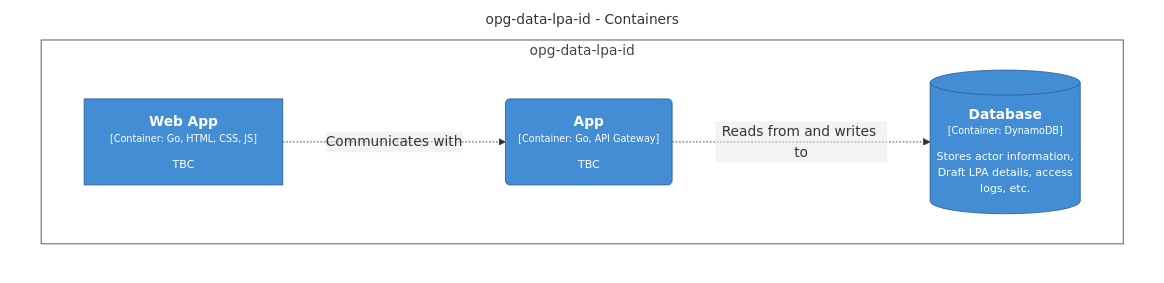
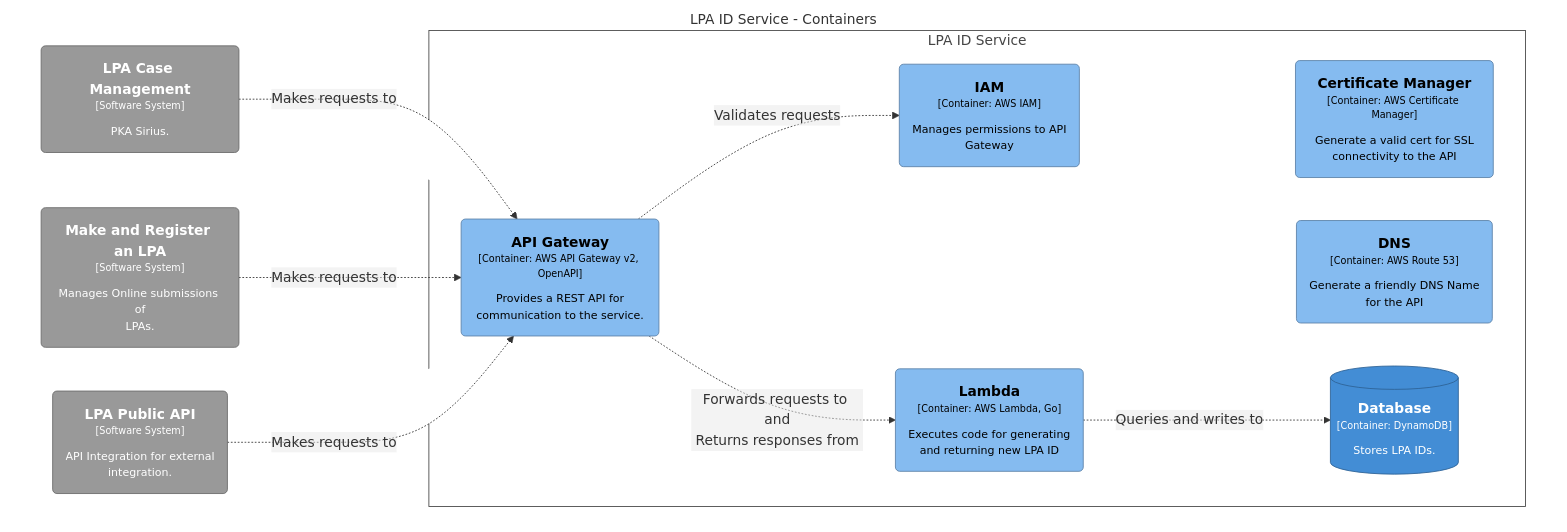
One commit to ministryofjustice/opg-data-lpa-uid changed the diagram in docs/architecture/dsl/local/structurizr-1-Container-001.mmd. Above: the diagram before and after it, drawn with Mermaid. The commit also changed 7 other files, not shown here.

```diff
--- a/docs/architecture/dsl/local/structurizr-1-Container-001.mmd
+++ b/docs/architecture/dsl/local/structurizr-1-Container-001.mmd
@@ -1,20 +1,37 @@
 graph TB
   linkStyle default fill:#ffffff
 
-  subgraph diagram [opg-data-lpa-id - Containers]
+  subgraph diagram [LPA ID Service - Containers]
     style diagram fill:#ffffff,stroke:#ffffff
 
-    subgraph 2 [opg-data-lpa-id]
-      style 2 fill:#ffffff,stroke:#444444,color:#444444
+    4("<div style='font-weight: bold'>LPA Case Management</div><div style='font-size: 70%; margin-top: 0px'>[Software System]</div><div style='font-size: 80%; margin-top:10px'>PKA Sirius.</div>")
+    style 4 fill:#999999,stroke:#6b6b6b,color:#ffffff
+    5("<div style='font-weight: bold'>Make and Register an LPA</div><div style='font-size: 70%; margin-top: 0px'>[Software System]</div><div style='font-size: 80%; margin-top:10px'>Manages Online submissions of<br />LPAs.</div>")
+    style 5 fill:#999999,stroke:#6b6b6b,color:#ffffff
+    6("<div style='font-weight: bold'>LPA Public API</div><div style='font-size: 70%; margin-top: 0px'>[Software System]</div><div style='font-size: 80%; margin-top:10px'>API Integration for external<br />integration.</div>")
+    style 6 fill:#999999,stroke:#6b6b6b,color:#ffffff
 
-      3["<div style='font-weight: bold'>Web App</div><div style='font-size: 70%; margin-top: 0px'>[Container: Go, HTML, CSS, JS]</div><div style='font-size: 80%; margin-top:10px'>TBC</div>"]
-      style 3 fill:#438dd5,stroke:#2e6295,color:#ffffff
-      4("<div style='font-weight: bold'>App</div><div style='font-size: 70%; margin-top: 0px'>[Container: Go, API Gateway]</div><div style='font-size: 80%; margin-top:10px'>TBC</div>")
-      style 4 fill:#438dd5,stroke:#2e6295,color:#ffffff
-      7[("<div style='font-weight: bold'>Database</div><div style='font-size: 70%; margin-top: 0px'>[Container: DynamoDB]</div><div style='font-size: 80%; margin-top:10px'>Stores actor information,<br />Draft LPA details, access<br />logs, etc.</div>")]
-      style 7 fill:#438dd5,stroke:#2e6295,color:#ffffff
+    subgraph 7 [LPA ID Service]
+      style 7 fill:#ffffff,stroke:#444444,color:#444444
+
+      10("<div style='font-weight: bold'>DNS</div><div style='font-size: 70%; margin-top: 0px'>[Container: AWS Route 53]</div><div style='font-size: 80%; margin-top:10px'>Generate a friendly DNS Name<br />for the API</div>")
+      style 10 fill:#85bbf0,stroke:#5d82a8,color:#000000
+      11("<div style='font-weight: bold'>API Gateway</div><div style='font-size: 70%; margin-top: 0px'>[Container: AWS API Gateway v2, OpenAPI]</div><div style='font-size: 80%; margin-top:10px'>Provides a REST API for<br />communication to the service.</div>")
+      style 11 fill:#85bbf0,stroke:#5d82a8,color:#000000
+      12("<div style='font-weight: bold'>Lambda</div><div style='font-size: 70%; margin-top: 0px'>[Container: AWS Lambda, Go]</div><div style='font-size: 80%; margin-top:10px'>Executes code for generating<br />and returning new LPA ID</div>")
+      style 12 fill:#85bbf0,stroke:#5d82a8,color:#000000
+      13[("<div style='font-weight: bold'>Database</div><div style='font-size: 70%; margin-top: 0px'>[Container: DynamoDB]</div><div style='font-size: 80%; margin-top:10px'>Stores LPA IDs.</div>")]
+      style 13 fill:#438dd5,stroke:#2e6295,color:#ffffff
+      8("<div style='font-weight: bold'>IAM</div><div style='font-size: 70%; margin-top: 0px'>[Container: AWS IAM]</div><div style='font-size: 80%; margin-top:10px'>Manages permissions to API<br />Gateway</div>")
+      style 8 fill:#85bbf0,stroke:#5d82a8,color:#000000
+      9("<div style='font-weight: bold'>Certificate Manager</div><div style='font-size: 70%; margin-top: 0px'>[Container: AWS Certificate Manager]</div><div style='font-size: 80%; margin-top:10px'>Generate a valid cert for SSL<br />connectivity to the API</div>")
+      style 9 fill:#85bbf0,stroke:#5d82a8,color:#000000
     end
 
-    3-. "<div>Communicates with</div><div style='font-size: 70%'></div>" .->4
-    4-. "<div>Reads from and writes to</div><div style='font-size: 70%'></div>" .->7
+    11-. "<div>Forwards requests to and<br />Returns responses from</div><div style='font-size: 70%'></div>" .->12
+    11-. "<div>Validates requests</div><div style='font-size: 70%'></div>" .->8
+    12-. "<div>Queries and writes to</div><div style='font-size: 70%'></div>" .->13
+    4-. "<div>Makes requests to</div><div style='font-size: 70%'></div>" .->11
+    5-. "<div>Makes requests to</div><div style='font-size: 70%'></div>" .->11
+    6-. "<div>Makes requests to</div><div style='font-size: 70%'></div>" .->11
   end
```
